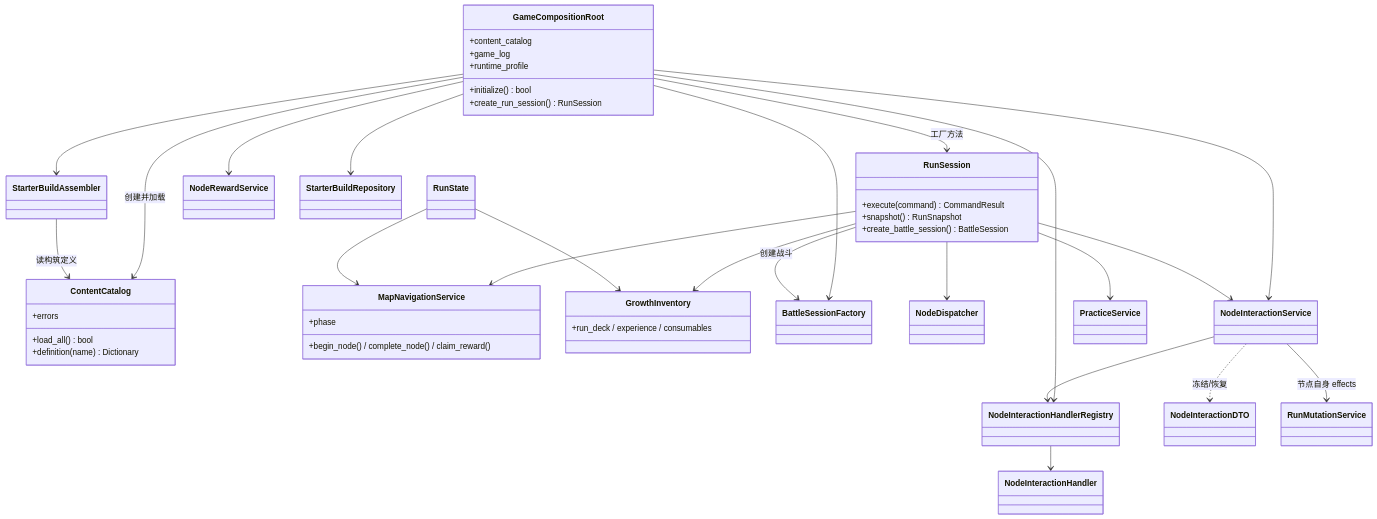
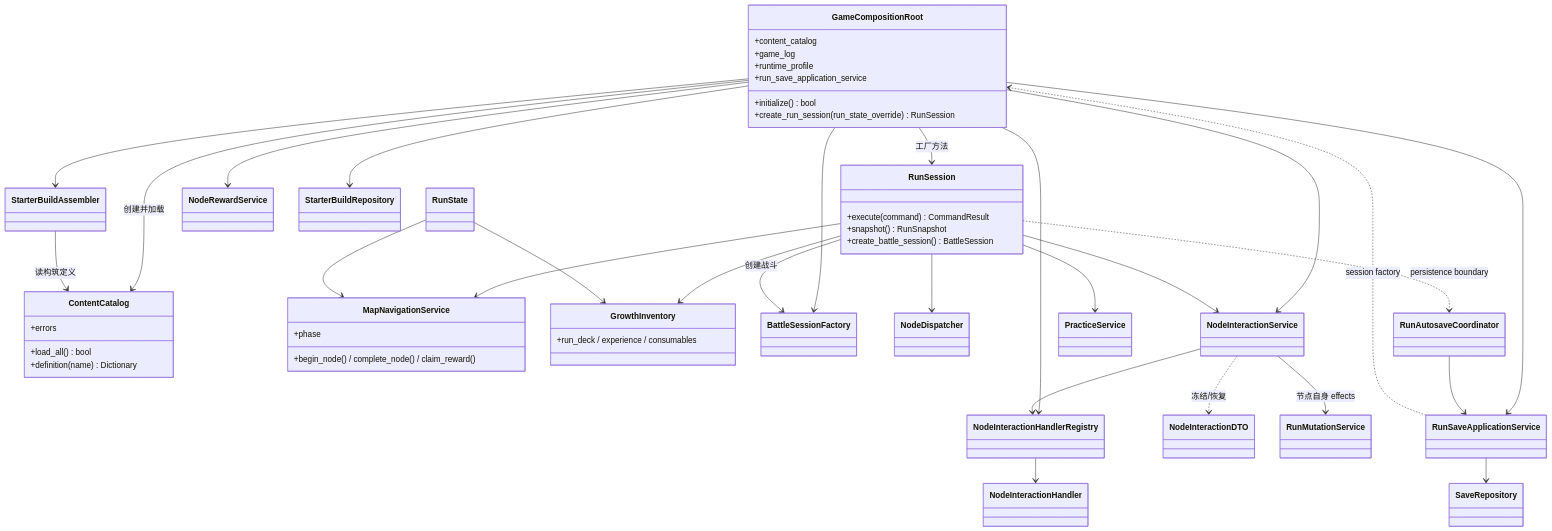
One commit to duguyumei/games changed the third of 14 diagrams in combo_duel_vslice/docs/architecture-diagrams.md. Above: the diagram before and after it, drawn with Mermaid. The commit also changed other lines of this file and 16 other files, not shown here.

````diff
--- a/combo_duel_vslice/docs/architecture-diagrams.md
+++ b/combo_duel_vslice/docs/architecture-diagrams.md
@@ -110,61 +110,70 @@
 ```mermaid
 classDiagram
     class GameCompositionRoot {
         +content_catalog
         +game_log
         +runtime_profile
+        +run_save_application_service
         +initialize() bool
-        +create_run_session() RunSession
+        +create_run_session(run_state_override) RunSession
     }
     class ContentCatalog {
         +load_all() bool
         +definition(name) Dictionary
         +errors
     }
     class RunSession {
         +execute(command) CommandResult
         +snapshot() RunSnapshot
         +create_battle_session() BattleSession
     }
     class MapNavigationService {
         +phase
         +begin_node() / complete_node() / claim_reward()
     }
     class GrowthInventory {
         +run_deck / experience / consumables
     }
     class RunState
     class BattleSessionFactory
     class NodeDispatcher
     class NodeRewardService
     class NodeInteractionService
     class NodeInteractionHandlerRegistry
     class NodeInteractionHandler
     class NodeInteractionDTO
     class RunMutationService
     class StarterBuildRepository
     class StarterBuildAssembler
     class PracticeService
+    class RunSaveApplicationService
+    class RunAutosaveCoordinator
+    class SaveRepository
 
     GameCompositionRoot --> ContentCatalog : 创建并加载
     GameCompositionRoot --> RunSession : 工厂方法
     GameCompositionRoot --> BattleSessionFactory
     GameCompositionRoot --> StarterBuildRepository
     GameCompositionRoot --> StarterBuildAssembler
     GameCompositionRoot --> NodeRewardService
     GameCompositionRoot --> NodeInteractionService
     GameCompositionRoot --> NodeInteractionHandlerRegistry
+    GameCompositionRoot --> RunSaveApplicationService
+    RunSaveApplicationService --> SaveRepository
+    RunSaveApplicationService ..> GameCompositionRoot : session factory
+    RunAutosaveCoordinator --> RunSaveApplicationService
+    RunSession ..> RunAutosaveCoordinator : persistence boundary
     RunSession --> MapNavigationService
     RunSession --> GrowthInventory
     RunSession --> NodeDispatcher
     RunSession --> NodeInteractionService
     NodeInteractionService --> NodeInteractionHandlerRegistry
     NodeInteractionHandlerRegistry --> NodeInteractionHandler
     NodeInteractionService ..> NodeInteractionDTO : 冻结/恢复
     NodeInteractionService --> RunMutationService : 节点自身 effects
     RunSession --> PracticeService
     RunSession --> BattleSessionFactory : 创建战斗
     RunState --> MapNavigationService
     RunState --> GrowthInventory
     StarterBuildAssembler --> ContentCatalog : 读构筑定义
 ```
````
